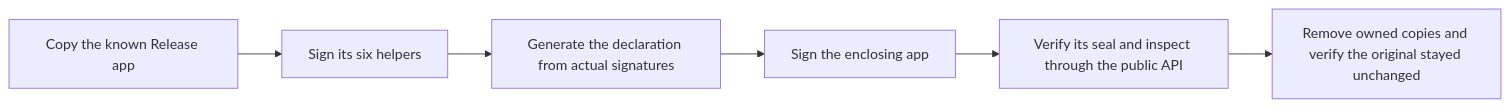
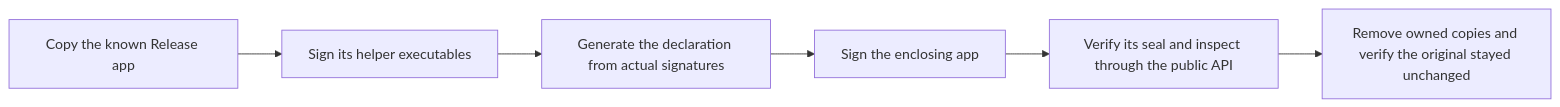
One commit to fourlastor/remozio changed the diagram in docs/experiments/macos-release-signing.md. Above: the diagram before and after it, drawn with Mermaid. The commit also changed other lines of this file and 4 other files, not shown here.

````diff
--- a/docs/experiments/macos-release-signing.md
+++ b/docs/experiments/macos-release-signing.md
@@ -6,8 +6,8 @@
 ```mermaid
 flowchart LR
-    C[Copy the known Release app] --> H[Sign its six helpers]
+    C[Copy the known Release app] --> H[Sign its helper executables]
     H --> M[Generate the declaration from actual signatures]
     M --> A[Sign the enclosing app]
     A --> V[Verify its seal and inspect through the public API]
     V --> D[Remove owned copies and verify the original stayed unchanged]
 ```
````
